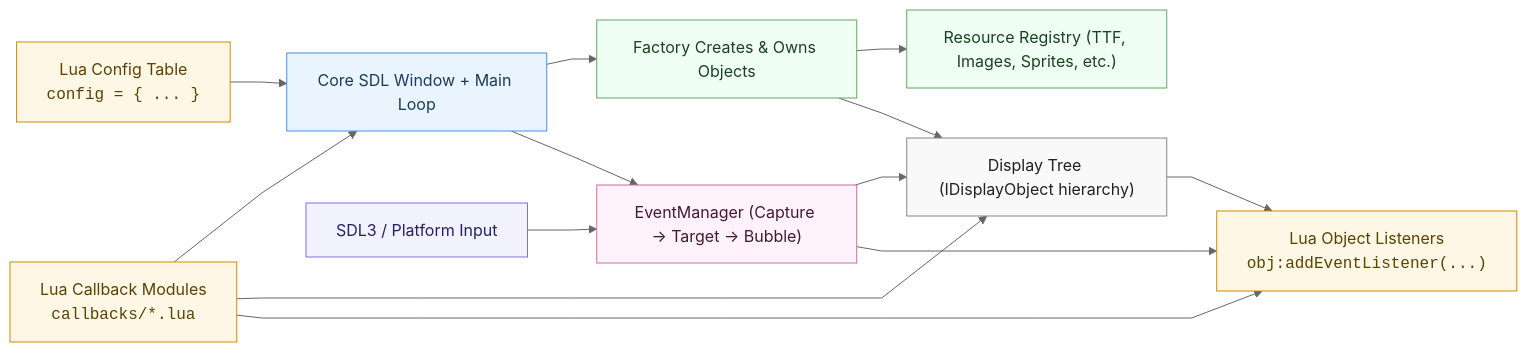
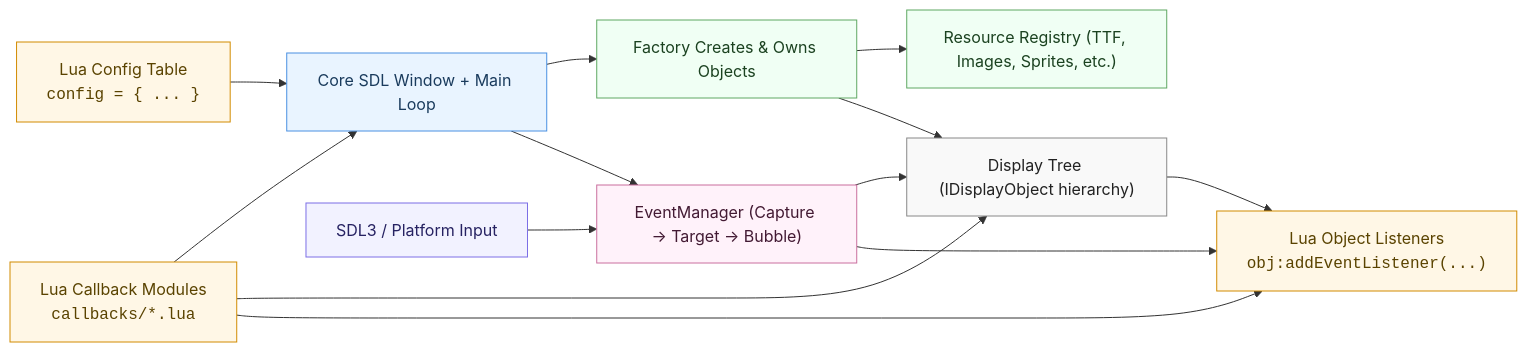
One commit to warte67/SDOM changed the first of 3 diagrams in docs/extensible_factory.md. Above: the diagram before and after it, drawn with Mermaid. The commit also changed 1 other file, not shown here.

```diff
--- a/docs/extensible_factory.md
+++ b/docs/extensible_factory.md
@@ -113,43 +115,42 @@
 <div class="mermaid">
-%%{init: { 'theme': 'neutral', 'flowchart': { 'curve': 'linear' } }}%%
 flowchart LR
 
     %% Classes
     classDef lua fill:#fff7e6,stroke:#d28b00,color:#5a4300,stroke-width:1px
     classDef core fill:#e9f4ff,stroke:#4a90e2,color:#1a3b5d,stroke-width:1px
     classDef factory fill:#f0fff4,stroke:#5fa862,color:#1b4220,stroke-width:1px
     classDef display fill:#f9f9f9,stroke:#888,color:#222,stroke-width:1px
     classDef event fill:#fff2fa,stroke:#ca6f9e,color:#431a33,stroke-width:1px
     classDef external fill:#f2f2ff,stroke:#7c6fe6,color:#262262,stroke-width:1px
 
     %% Nodes
     LuaConfig["Lua Config Table<br/><code>config = { ... }</code>"]:::lua
     Callbacks["Lua Callback Modules<br/><code>callbacks/*.lua</code>"]:::lua
 
     Core["Core SDL Window + Main Loop"]:::core
     Factory["Factory Creates & Owns Objects"]:::factory
     Resources["Resource Registry (TTF, Images, Sprites, etc.)"]:::factory
     DisplayTree["Display Tree (IDisplayObject hierarchy)"]:::display
 
     EventMgr["EventManager (Capture → Target → Bubble)"]:::event
     LuaEventListeners["Lua Object Listeners<br/><code>obj:addEventListener(...)</code>"]:::lua
 
     SDL3["SDL3 / Platform Input"]:::external
 
     %% Relationships
     LuaConfig --> Core
     Core --> Factory
     Factory --> Resources
     Factory --> DisplayTree
 
     Core --> EventMgr
     EventMgr --> DisplayTree
     DisplayTree --> LuaEventListeners
 
     Callbacks --> Core
     Callbacks --> DisplayTree
     Callbacks --> LuaEventListeners
 
     SDL3 --> EventMgr
     EventMgr --> LuaEventListeners
 </div>
```
